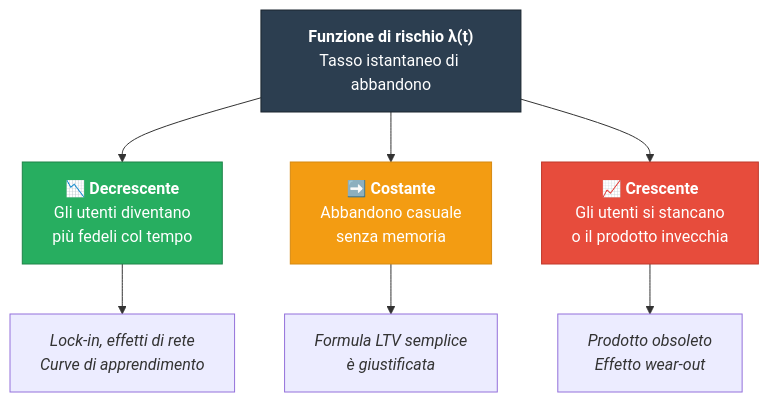
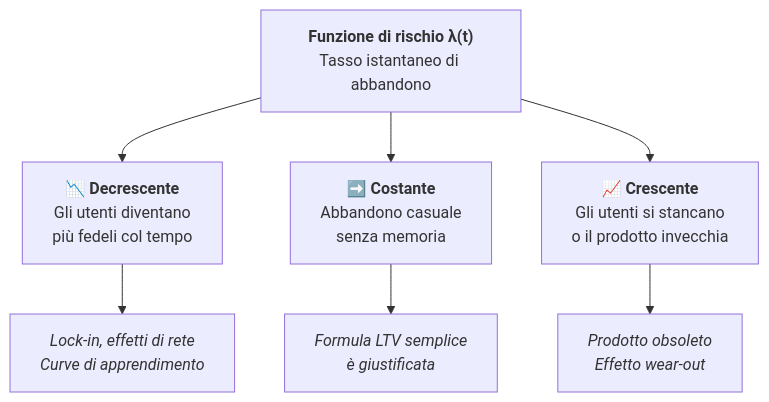
Before and after one commit to AndreyBertasini/gynnitech: the eighth of 12 diagrams in src/content/corso/analisi-prodotto/analisi-coorte.mdx, drawn with Mermaid. The commit also changed other lines of this file and 110 other files, not shown here.

First line of the commit message:
chore(content): optimize mermaid diagrams for mobile and dark theme

````diff
--- a/src/content/corso/analisi-prodotto/analisi-coorte.mdx
+++ b/src/content/corso/analisi-prodotto/analisi-coorte.mdx
@@ -239,14 +216,10 @@
 ```mermaid
-graph TD
+flowchart TD
     H["<b>Funzione di rischio λ(t)</b><br/>Tasso istantaneo di abbandono"]
     H --> DEC["📉 <b>Decrescente</b><br/>Gli utenti diventano<br/>più fedeli col tempo"]
     H --> CONST["➡️ <b>Costante</b><br/>Abbandono casuale<br/>senza memoria"]
     H --> INC["📈 <b>Crescente</b><br/>Gli utenti si stancano<br/>o il prodotto invecchia"]
     DEC --> DEC_EX["<i>Lock-in, effetti di rete<br/>Curve di apprendimento</i>"]
     CONST --> CONST_EX["<i>Formula LTV semplice<br/>è giustificata</i>"]
     INC --> INC_EX["<i>Prodotto obsoleto<br/>Effetto wear-out</i>"]
-    style H fill:#2c3e50,stroke:#1a252f,color:#fff
-    style DEC fill:#27ae60,stroke:#1e8449,color:#fff
-    style CONST fill:#f39c12,stroke:#d68910,color:#fff
-    style INC fill:#e74c3c,stroke:#c0392b,color:#fff
 ```
````
